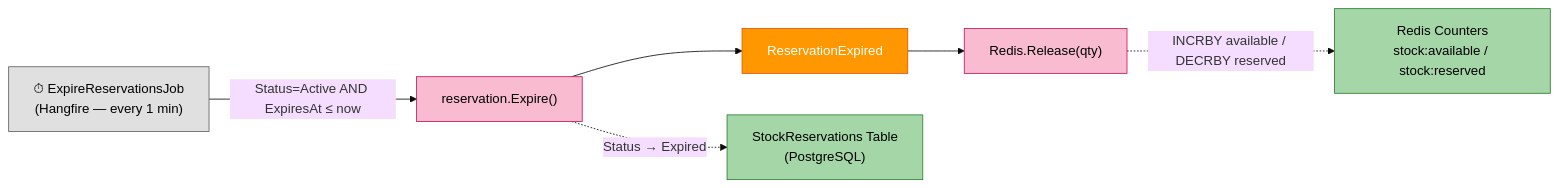
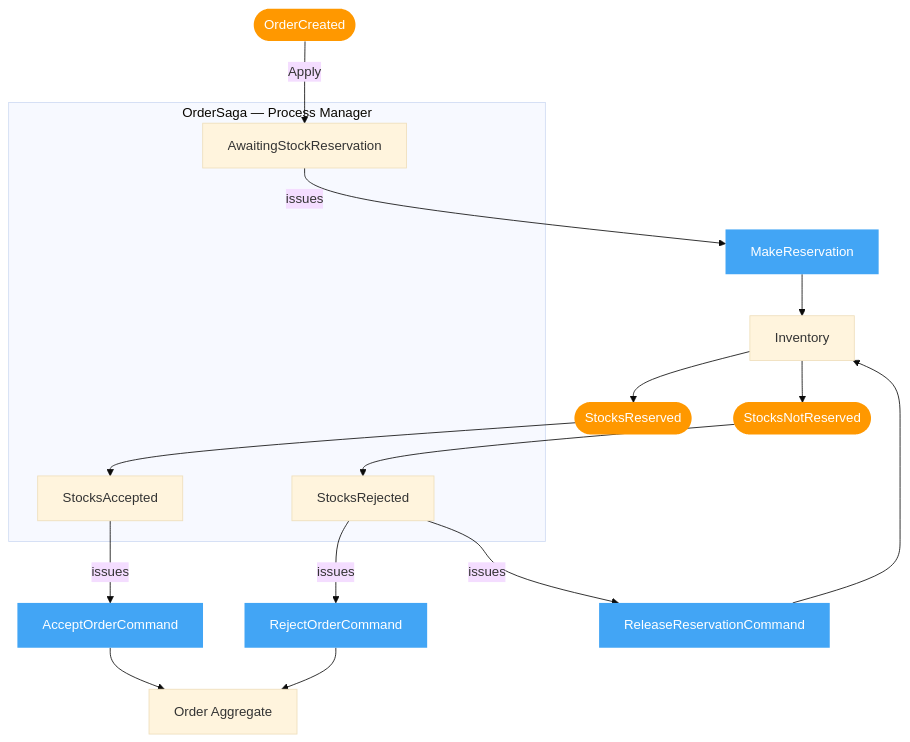
Before and after one commit to mnnam1302/EShop: the fifth of 8 diagrams in Order/src/EShop.Order.API/README.md, drawn with Mermaid (base theme). The commit also changed other lines of this file and 3 other files, not shown here.

````diff
--- a/Order/src/EShop.Order.API/README.md
+++ b/Order/src/EShop.Order.API/README.md
@@ -189,23 +139,22 @@
 ```mermaid
-graph LR
-    JOB["⏱ ExpireReservationsJob<br/>(Hangfire — every 1 min)"]:::system
+flowchart TB
+    classDef event   fill:#ff9800,color:#fff,stroke:none
+    classDef command fill:#42a5f5,color:#fff,stroke:none
+    classDef pm      fill:#ce93d8,color:#000,stroke:#7b1fa2,stroke-width:2px
 
-    C1["reservation.Expire()"]:::aggregate
-    C2["Redis.Release(qty)"]:::aggregate
+    subgraph PM["OrderSaga — Process Manager"]
+        S1["AwaitingStockReservation"]
+        S2["StocksAccepted"]
+        S3["StocksRejected"]
+    end
 
-    E1["ReservationExpired"]:::event
+    E1([OrderCreated]):::event -->|"Apply"| S1
+    S1 -->|"issues"| C1[MakeReservation]:::command --> INV["Inventory"]
 
-    INV_DB["StockReservations Table<br/>(PostgreSQL)"]:::readmodel
-    REDIS["Redis Counters<br/>stock:available / stock:reserved"]:::readmodel
+    INV --> E2([StocksReserved]):::event --> S2
+    INV --> E3([StocksNotReserved]):::event --> S3
 
-    JOB -->|"Status=Active AND ExpiresAt ≤ now"| C1
-    C1 --> E1
-    C1 -.->|"Status → Expired"| INV_DB
-    C2 -.->|"INCRBY available / DECRBY reserved"| REDIS
-    E1 --> C2
-
-    classDef system   fill:#e0e0e0,stroke:#616161,color:#000
-    classDef aggregate fill:#f8bbd0,stroke:#c2185b,color:#000
-    classDef event    fill:#ff9800,stroke:#e65100,color:#fff
-    classDef readmodel fill:#a5d6a7,stroke:#2e7d32,color:#000
+    S2 -->|"issues"| C2[AcceptOrderCommand]:::command --> OA["Order Aggregate"]
+    S3 -->|"issues"| C3[RejectOrderCommand]:::command --> OA
+    S3 -->|"issues"| C4[ReleaseReservationCommand]:::command --> INV
 ```
````
